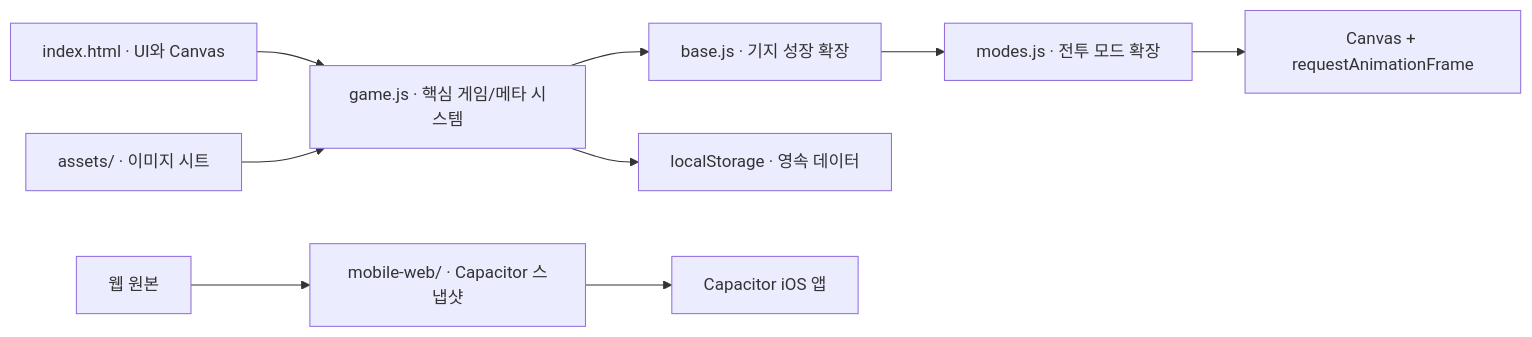
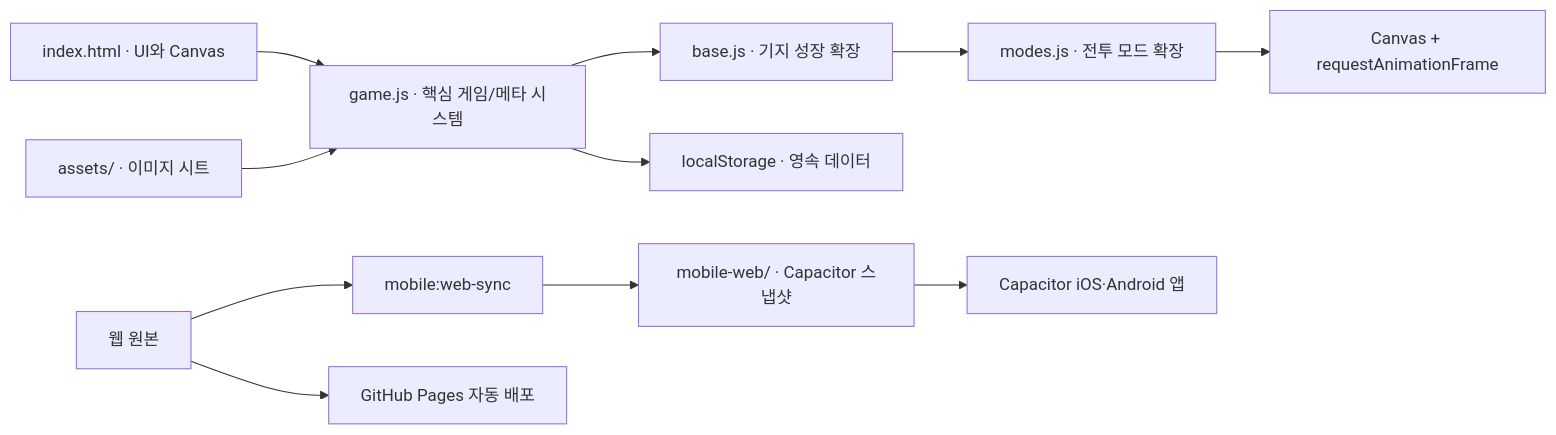
One commit to chaehoon1303/neon-survival changed the diagram in docs/architecture.mdx. Above: the diagram before and after it, drawn with Mermaid. The commit also changed other lines of this file and 26 other files, not shown here.

````diff
--- a/docs/architecture.mdx
+++ b/docs/architecture.mdx
@@ -9,11 +9,13 @@
 ```mermaid
 flowchart LR
   HTML["index.html · UI와 Canvas"] --> CORE["game.js · 핵심 게임/메타 시스템"]
   CORE --> BASE["base.js · 기지 성장 확장"]
   BASE --> MODES["modes.js · 전투 모드 확장"]
   ASSETS["assets/ · 이미지 시트"] --> CORE
   CORE --> STORAGE["localStorage · 영속 데이터"]
   MODES --> LOOP["Canvas + requestAnimationFrame"]
-  ROOT["웹 원본"] --> SNAPSHOT["mobile-web/ · Capacitor 스냅샷"]
-  SNAPSHOT --> CAP["Capacitor iOS 앱"]
+  ROOT["웹 원본"] --> SYNC["mobile:web-sync"]
+  SYNC --> SNAPSHOT["mobile-web/ · Capacitor 스냅샷"]
+  SNAPSHOT --> CAP["Capacitor iOS·Android 앱"]
+  ROOT --> PAGES["GitHub Pages 자동 배포"]
 ```
````
